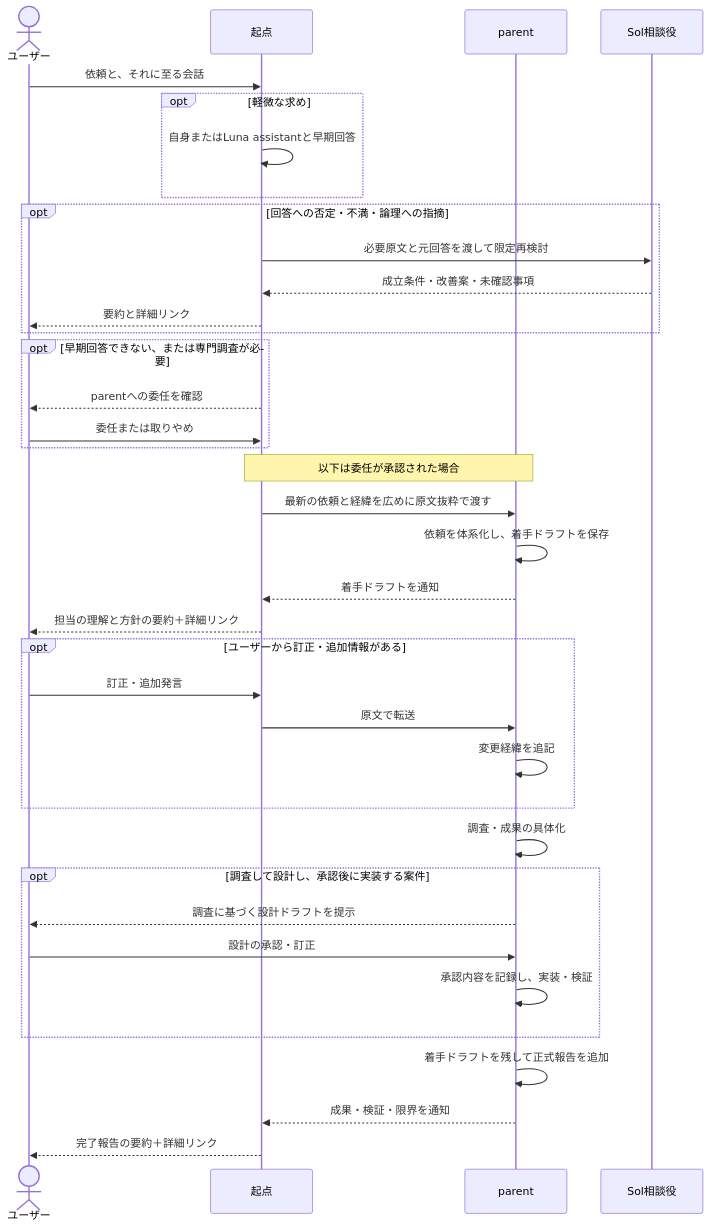
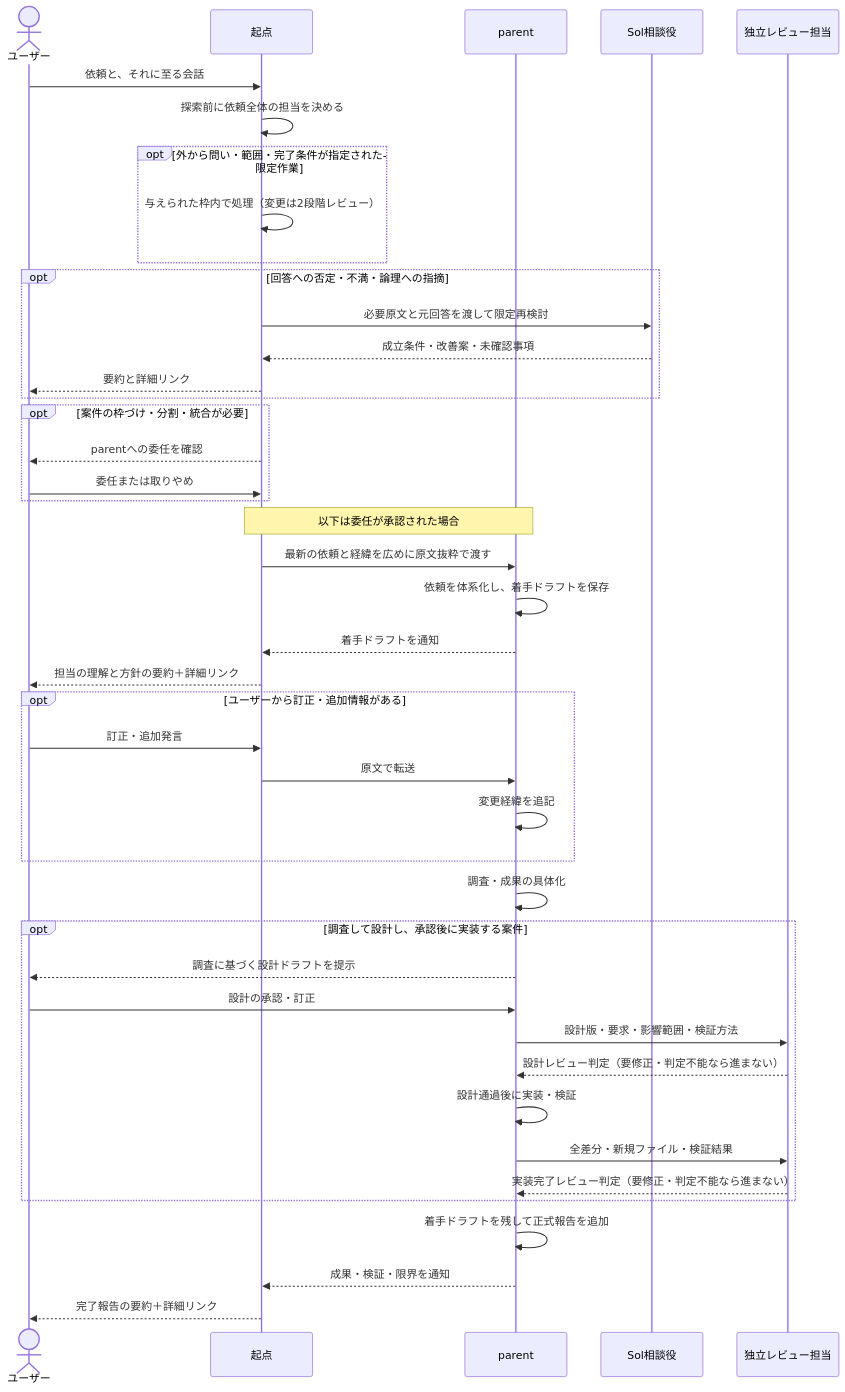
The second of 2 diagrams in docs/codex-subagents.md (unagi/dotfiles), drawn with Mermaid before and after one commit. The commit also changed other lines of this file and 23 other files, not shown here.

````diff
--- a/docs/codex-subagents.md
+++ b/docs/codex-subagents.md
@@ -42,39 +45,45 @@
 ```mermaid
 sequenceDiagram
     actor U as ユーザー
     participant R as 起点
     participant P as parent
     participant RA as Sol相談役
+    participant RV as 独立レビュー担当
     U->>R: 依頼と、それに至る会話
-    opt 軽微な求め
-        R->>R: 自身またはLuna assistantと早期回答
+    R->>R: 探索前に依頼全体の担当を決める
+    opt 外から問い・範囲・完了条件が指定された限定作業
+        R->>R: 与えられた枠内で処理（変更は2段階レビュー）
     end
     opt 回答への否定・不満・論理への指摘
         R->>RA: 必要原文と元回答を渡して限定再検討
         RA-->>R: 成立条件・改善案・未確認事項
         R-->>U: 要約と詳細リンク
     end
-    opt 早期回答できない、または専門調査が必要
+    opt 案件の枠づけ・分割・統合が必要
         R-->>U: parentへの委任を確認
         U->>R: 委任または取りやめ
     end
     Note over R,P: 以下は委任が承認された場合
     R->>P: 最新の依頼と経緯を広めに原文抜粋で渡す
     P->>P: 依頼を体系化し、着手ドラフトを保存
     P-->>R: 着手ドラフトを通知
     R-->>U: 担当の理解と方針の要約＋詳細リンク
     opt ユーザーから訂正・追加情報がある
         U->>R: 訂正・追加発言
         R->>P: 原文で転送
         P->>P: 変更経緯を追記
     end
     P->>P: 調査・成果の具体化
     opt 調査して設計し、承認後に実装する案件
         P-->>U: 調査に基づく設計ドラフトを提示
         U->>P: 設計の承認・訂正
-        P->>P: 承認内容を記録し、実装・検証
+        P->>RV: 設計版・要求・影響範囲・検証方法
+        RV-->>P: 設計レビュー判定（要修正・判定不能なら進まない）
+        P->>P: 設計通過後に実装・検証
+        P->>RV: 全差分・新規ファイル・検証結果
+        RV-->>P: 実装完了レビュー判定（要修正・判定不能なら進まない）
     end
     P->>P: 着手ドラフトを残して正式報告を追加
     P-->>R: 成果・検証・限界を通知
     R-->>U: 完了報告の要約＋詳細リンク
 ```
````
